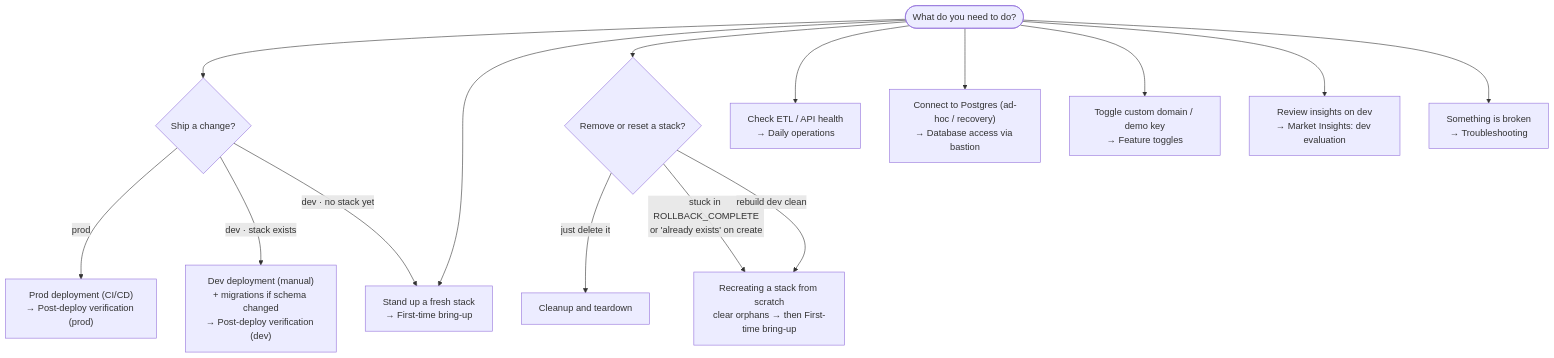
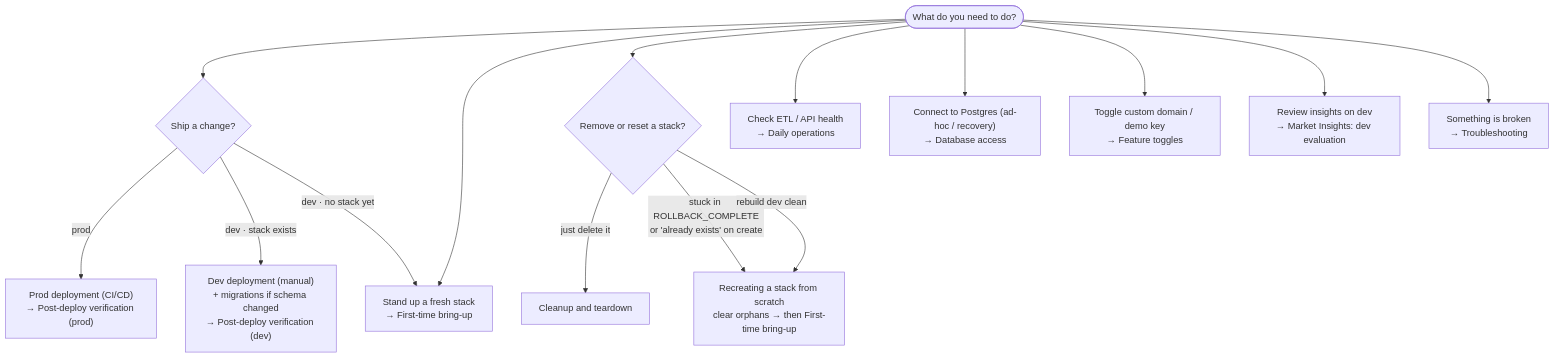
One commit to RyanYCT/bdo-market-insights changed the first of 2 diagrams in docs/runbook.md. Above: the diagram before and after it, drawn with Mermaid. The commit also changed other lines of this file and 24 other files, not shown here.

````diff
--- a/docs/runbook.md
+++ b/docs/runbook.md
@@ -35,23 +35,23 @@
 ```mermaid
 flowchart TD
     q(["What do you need to do?"])
 
     q --> shipping{"Ship a change?"}
     q --> standup["Stand up a fresh stack<br/>→ First-time bring-up"]
     q --> reset{"Remove or reset a stack?"}
     q --> monitor["Check ETL / API health<br/>→ Daily operations"]
-    q --> dbwork["Connect to Postgres (ad-hoc / recovery)<br/>→ Database access via bastion"]
+    q --> dbwork["Connect to Postgres (ad-hoc / recovery)<br/>→ Database access"]
     q --> feature["Toggle custom domain / demo key<br/>→ Feature toggles"]
     q --> reviewi["Review insights on dev<br/>→ Market Insights: dev evaluation"]
     q --> broken["Something is broken<br/>→ Troubleshooting"]
 
     shipping -->|"prod"| pr["Prod deployment (CI/CD)<br/>→ Post-deploy verification (prod)"]
     shipping -->|"dev · stack exists"| dv["Dev deployment (manual)<br/>+ migrations if schema changed<br/>→ Post-deploy verification (dev)"]
     shipping -->|"dev · no stack yet"| standup
 
     reset -->|"just delete it"| cl["Cleanup and teardown"]
     reset -->|"stuck in ROLLBACK_COMPLETE<br/>or 'already exists' on create"| rc
     reset -->|"rebuild dev clean"| rc
 
     rc["Recreating a stack from scratch<br/>clear orphans → then First-time bring-up"]
 ```
````
